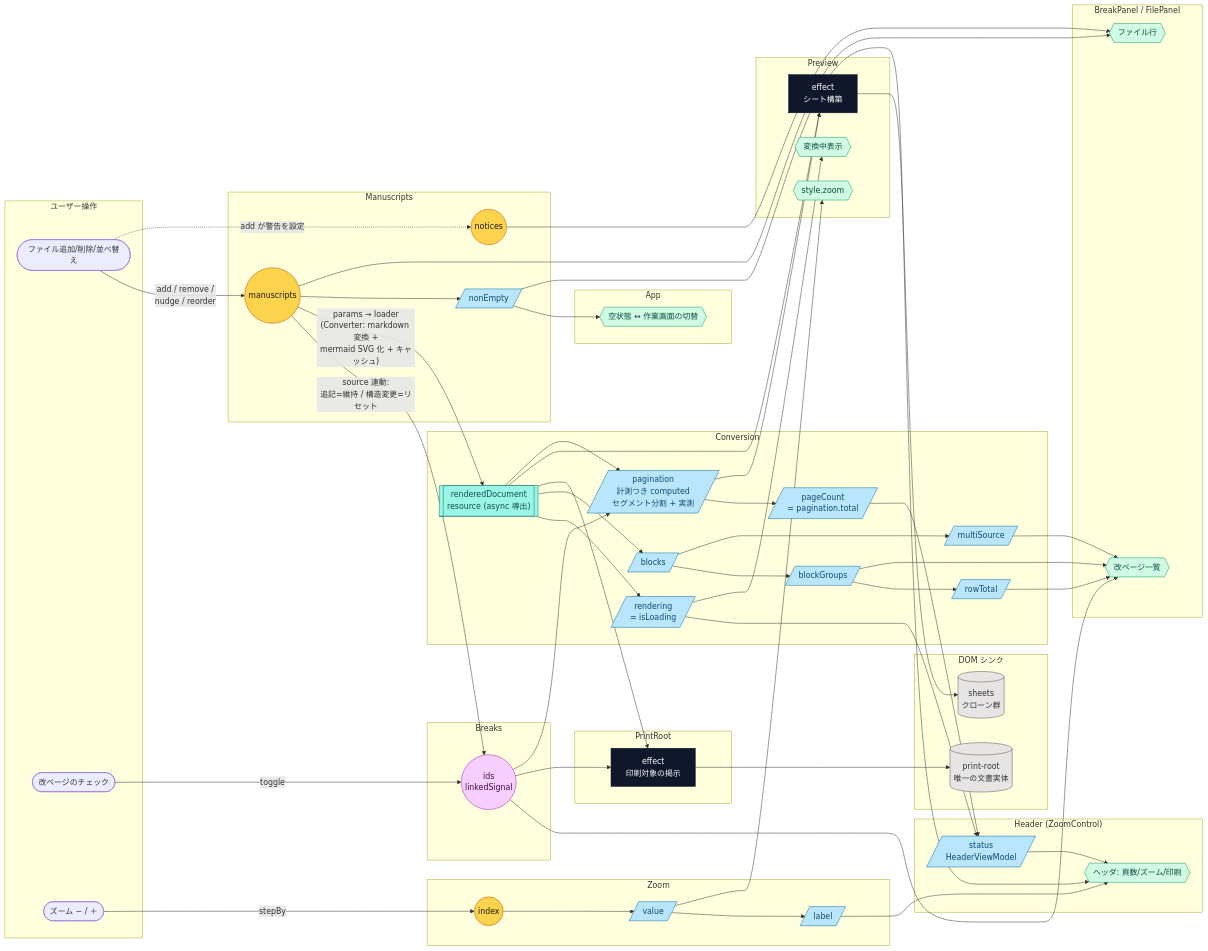
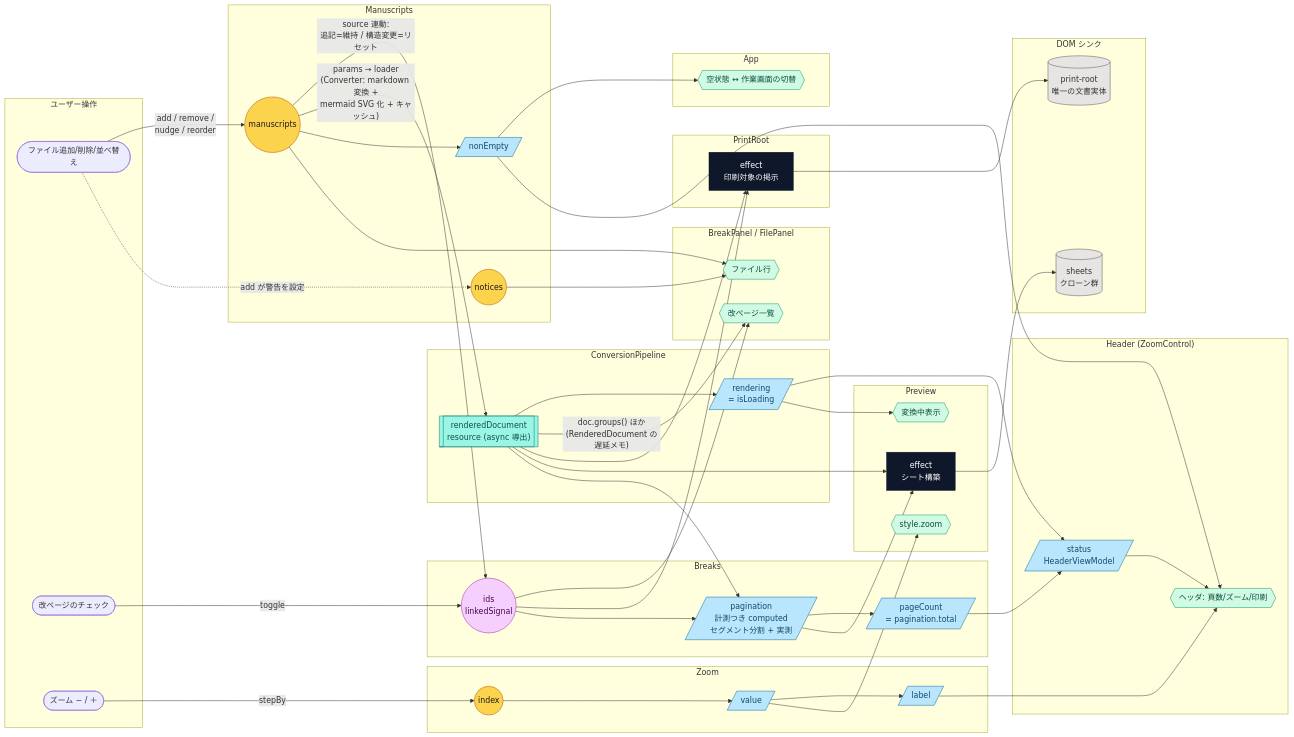
Before and after one commit to lacolaco/printmd: the diagram in docs/signal-graph.md, drawn with Mermaid. The commit also changed other lines of this file and 13 other files, not shown here.

```diff
--- a/docs/signal-graph.md
+++ b/docs/signal-graph.md
@@ -25,17 +25,13 @@
 
   subgraph BreaksS["Breaks"]
     S2((ids<br/>linkedSignal))
+    V3[/pagination<br/>計測つき computed<br/>セグメント分割 + 実測/]
+    V2[/pageCount<br/>= pagination.total/]
   end
 
-  subgraph ConversionS["Conversion"]
+  subgraph ConversionS["ConversionPipeline"]
     S4[["renderedDocument<br/>resource (async 導出)"]]
     S3[/rendering<br/>= isLoading/]
-    C2[/blocks/]
-    C3[/blockGroups/]
-    C4[/rowTotal/]
-    C5[/multiSource/]
-    V3[/pagination<br/>計測つき computed<br/>セグメント分割 + 実測/]
-    V2[/pageCount<br/>= pagination.total/]
   end
 
   subgraph ZoomS["Zoom"]
@@ -83,15 +79,9 @@
   A1 -. "add が警告を設定" .-> S5
 
   S1 --> C1
-  S4 --> C2
 
   C1 --> T2
-  C2 --> C3
-  C3 --> C4
-  C2 --> C5
-  C3 --> T4
-  C4 --> T4
-  C5 --> T4
+  S4 -- "doc.groups() ほか<br/>(RenderedDocument の遅延メモ)" --> T4
   S2 --> T4
   S1 --> T5
   S5 --> T5
@@ -128,7 +118,7 @@
   class S4 res
 
   class S2 linked
-  class C1,C2,C3,C4,C5,S3,VC1,VC2,HC1,V2,V3 comp
+  class C1,S3,VC1,VC2,HC1,V2,V3 comp
   class AE1,PE1 eff
   class T1,T2,T3,T4,T5,T6 tmpl
   class D1,D2 dom
```
